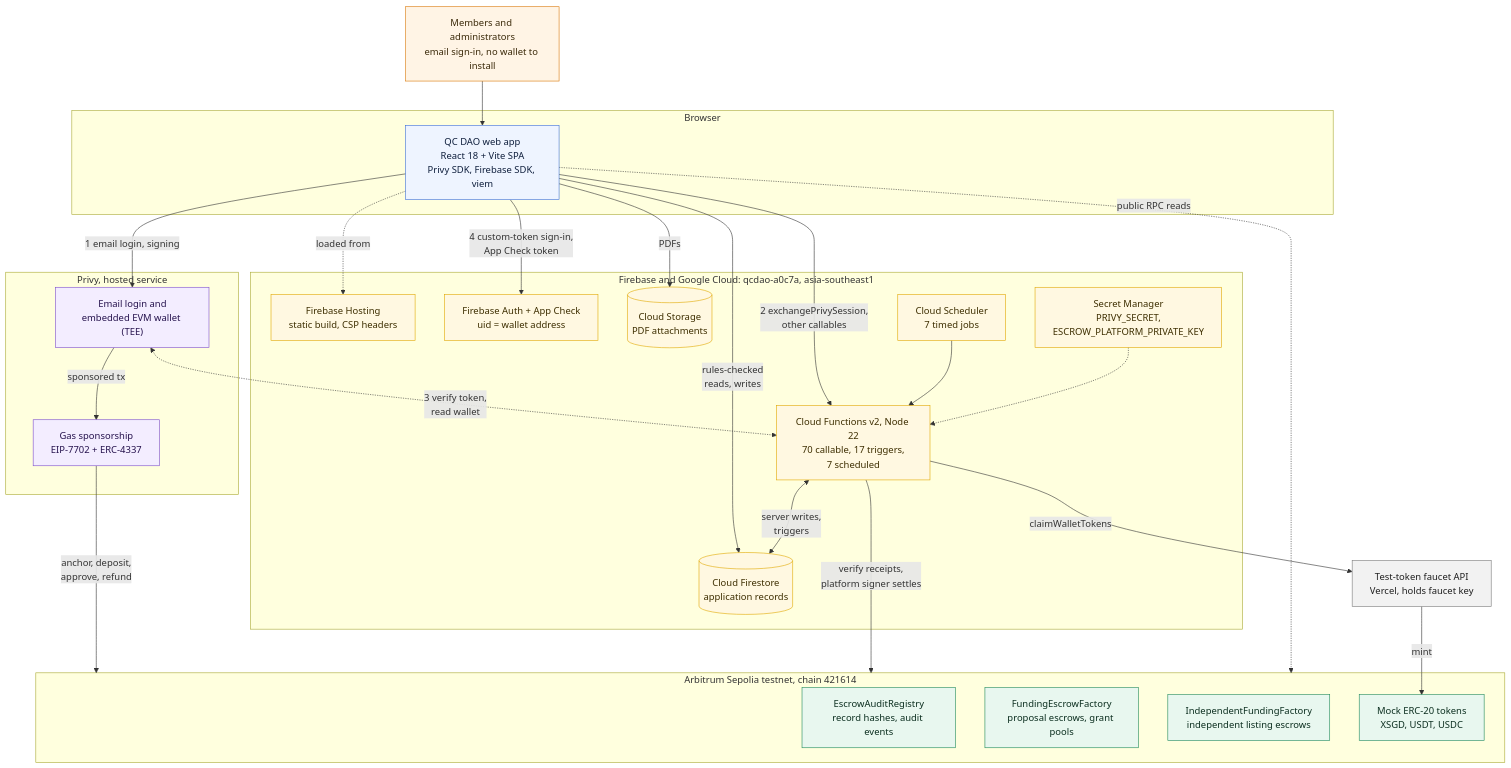
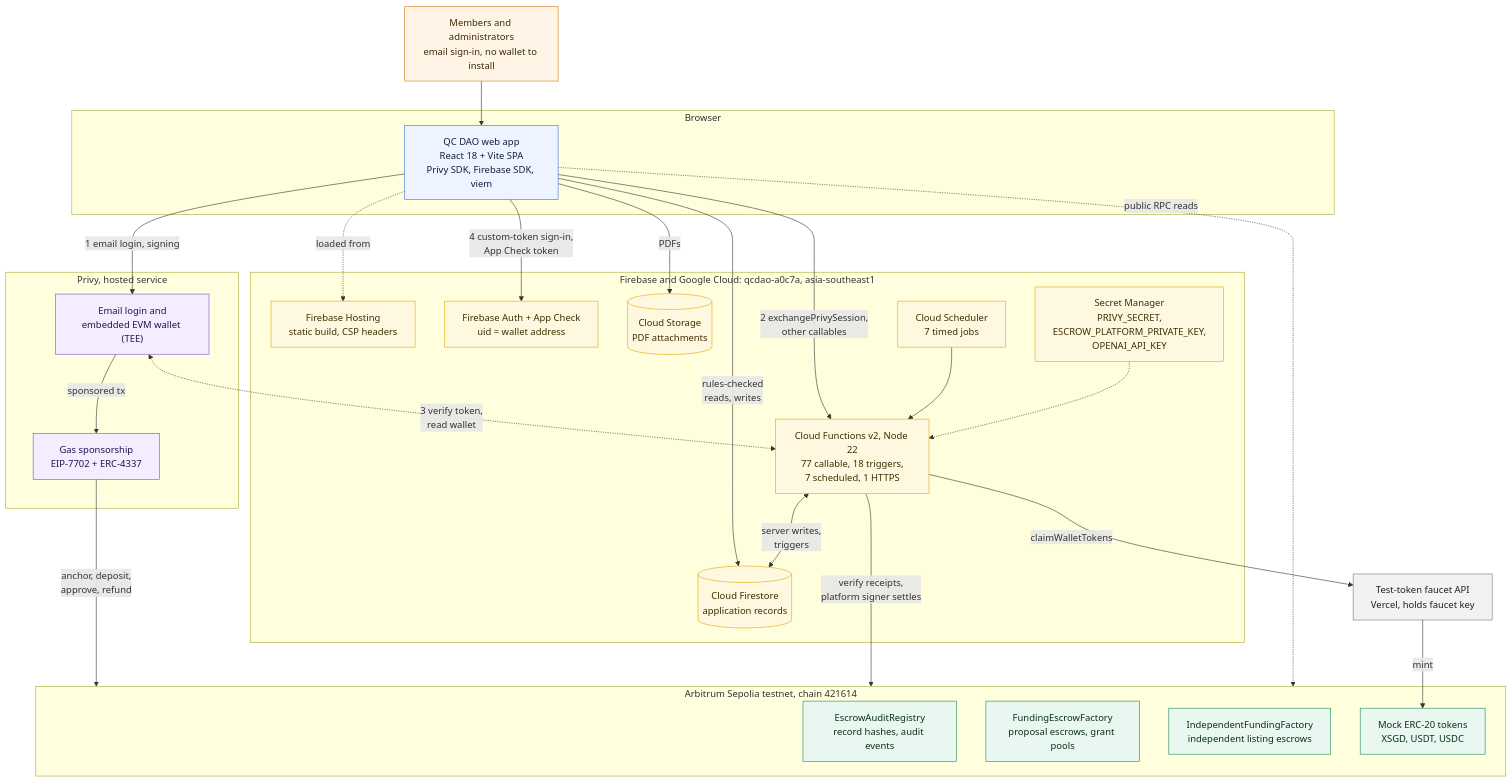
One commit to 0xMeePok/smu-qc-dao-project changed the first of 2 diagrams in gitbook/overview/architecture.md. Above: the diagram before and after it, drawn with Mermaid. The commit also changed other lines of this file and 20 other files, not shown here.

````diff
--- a/gitbook/overview/architecture.md
+++ b/gitbook/overview/architecture.md
@@ -9,63 +9,63 @@
 ```mermaid
 flowchart TB
   users["Members and administrators<br/>email sign-in, no wallet to install"]
 
   subgraph client["Browser"]
     spa["QC DAO web app<br/>React 18 + Vite SPA<br/>Privy SDK, Firebase SDK, viem"]
   end
 
   subgraph privy["Privy, hosted service"]
     plogin["Email login and<br/>embedded EVM wallet (TEE)"]
     pgas["Gas sponsorship<br/>EIP-7702 + ERC-4337"]
   end
 
   subgraph gcp["Firebase and Google Cloud: qcdao-a0c7a, asia-southeast1"]
     hosting["Firebase Hosting<br/>static build, CSP headers"]
     fauth["Firebase Auth + App Check<br/>uid = wallet address"]
     storage[("Cloud Storage<br/>PDF attachments")]
     scheduler["Cloud Scheduler<br/>7 timed jobs"]
-    secrets["Secret Manager<br/>PRIVY_SECRET,<br/>ESCROW_PLATFORM_PRIVATE_KEY"]
-    functions["Cloud Functions v2, Node 22<br/>70 callable, 17 triggers,<br/>7 scheduled"]
+    secrets["Secret Manager<br/>PRIVY_SECRET,<br/>ESCROW_PLATFORM_PRIVATE_KEY,<br/>OPENAI_API_KEY"]
+    functions["Cloud Functions v2, Node 22<br/>77 callable, 18 triggers,<br/>7 scheduled, 1 HTTPS"]
     firestore[("Cloud Firestore<br/>application records")]
   end
 
   faucet["Test-token faucet API<br/>Vercel, holds faucet key"]
 
   subgraph chain["Arbitrum Sepolia testnet, chain 421614"]
     registry["EscrowAuditRegistry<br/>record hashes, audit events"]
     factory["FundingEscrowFactory<br/>proposal escrows, grant pools"]
     indep["IndependentFundingFactory<br/>independent listing escrows"]
     tokens["Mock ERC-20 tokens<br/>XSGD, USDT, USDC"]
   end
 
   users --> spa
   spa -.->|loaded from| hosting
   spa -->|"1 email login, signing"| plogin
   spa -->|"2 exchangePrivySession,<br/>other callables"| functions
   plogin <-.->|"3 verify token,<br/>read wallet"| functions
   spa -->|"4 custom-token sign-in,<br/>App Check token"| fauth
   spa -->|"rules-checked<br/>reads, writes"| firestore
   spa -->|PDFs| storage
   plogin -->|sponsored tx| pgas
   scheduler --> functions
   secrets -.-> functions
   functions <-->|"server writes,<br/>triggers"| firestore
   functions -->|claimWalletTokens| faucet
   pgas -->|"anchor, deposit,<br/>approve, refund"| chain
   functions -->|"verify receipts,<br/>platform signer settles"| chain
   spa -.->|public RPC reads| chain
   faucet -->|mint| tokens
 
   classDef people fill:#fff4e5,stroke:#d97706,color:#3b2a0a
   classDef browser fill:#eef4ff,stroke:#3b6fd8,color:#0f1f3d
   classDef vendor fill:#f3edff,stroke:#7c4dcc,color:#25124d
   classDef firebase fill:#fff8e1,stroke:#e0a800,color:#3d2e00
   classDef onchain fill:#e8f7ef,stroke:#1f8a5b,color:#0b2e1f
   classDef external fill:#f2f2f2,stroke:#7a7a7a,color:#1f1f1f
   class users people
   class spa browser
   class plogin,pgas vendor
   class hosting,fauth,functions,firestore,storage,secrets,scheduler firebase
   class registry,factory,indep,tokens onchain
   class faucet external
 ```
````
